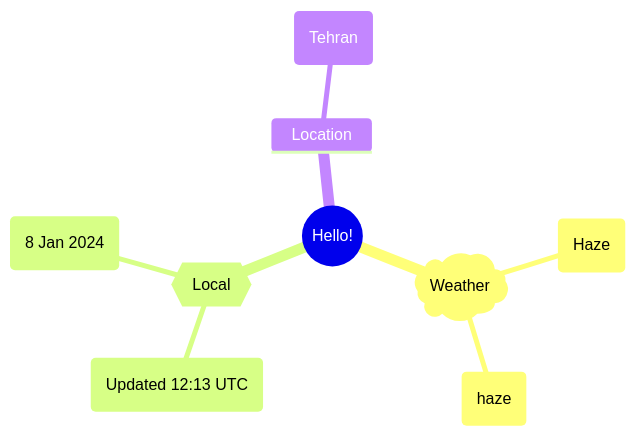
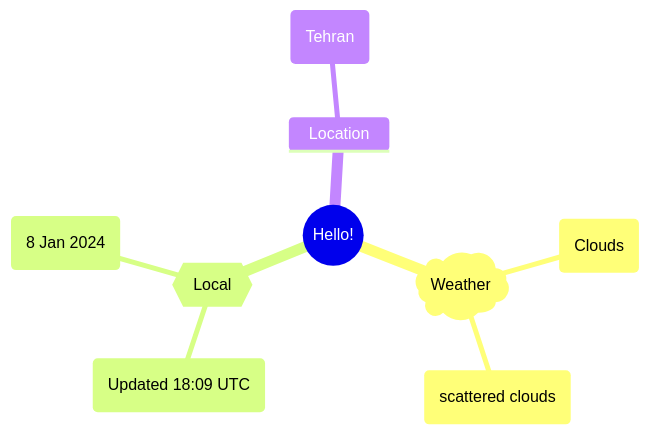
The first of 2 diagrams in README.md (Xosrov/Xosrov), drawn with Mermaid before and after one commit.

Commit message:
[bot] updated images

````diff
--- a/README.md
+++ b/README.md
@@ -3,12 +3,12 @@
 ```mermaid
 mindmap
   root((Hello!))
     )Weather(
-        (Haze)
-        (haze)
+        (Clouds)
+        (scattered clouds)
     {{Local}}
-        (Updated 12:13 UTC)
+        (Updated 18:09 UTC)
         (8 Jan 2024)
     Location
         (Tehran)
 ```
````
